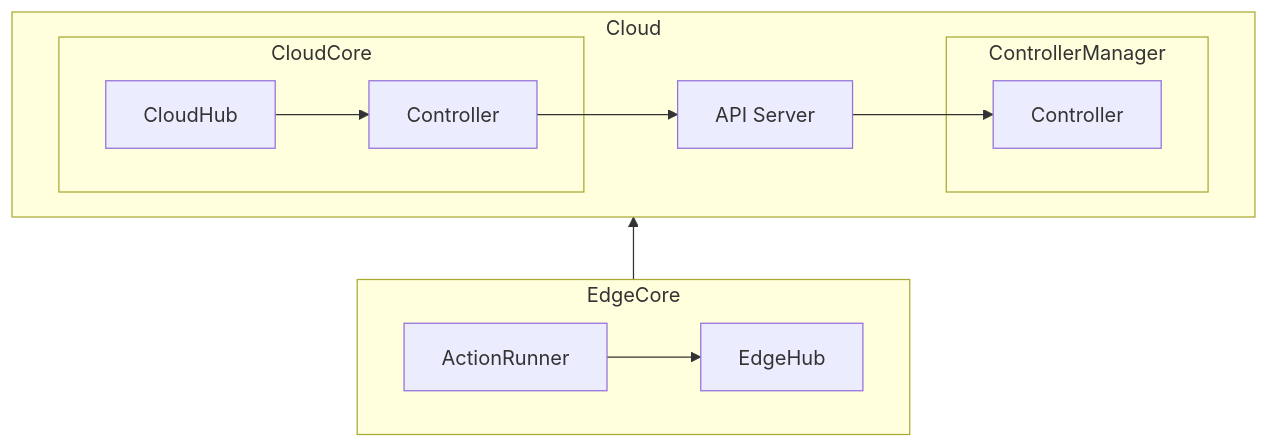
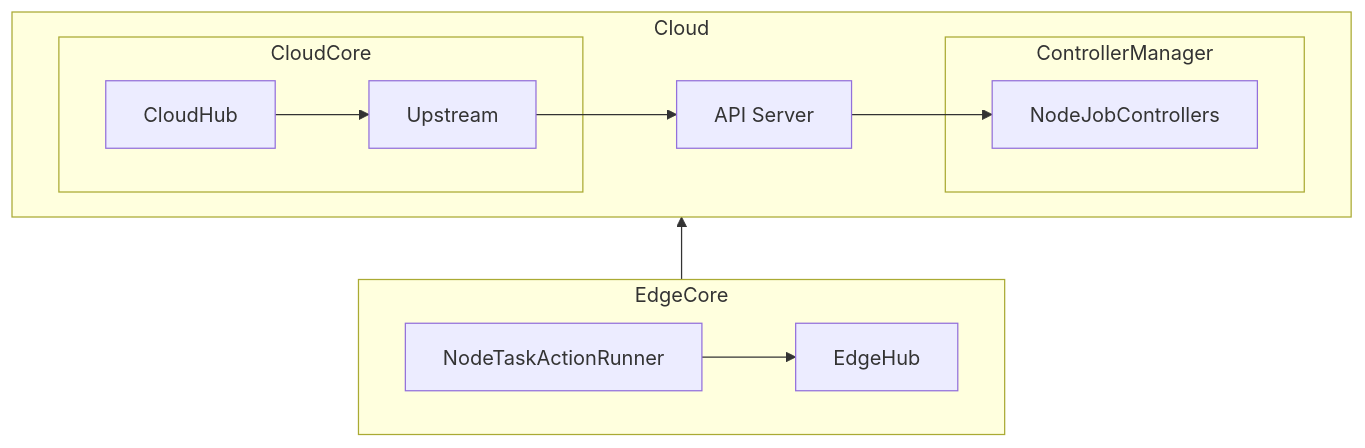
One commit to kubeedge/kubeedge changed the seventh of 7 diagrams in docs/proposals/edge-node-tasks-status-enhancement.md. Above: the diagram before and after it, drawn with Mermaid. The commit also changed other lines of this file and 121 other files, not shown here.

````diff
--- a/docs/proposals/edge-node-tasks-status-enhancement.md
+++ b/docs/proposals/edge-node-tasks-status-enhancement.md
@@ -422,19 +737,19 @@
 ```mermaid
 flowchart BT
   subgraph EdgeCore
     direction LR
-    A[ActionRunner] --> B[EdgeHub]
+    A[NodeTaskActionRunner] --> B[EdgeHub]
   end
   subgraph Cloud
     direction LR
     subgraph CloudCore
-        C[CloudHub] --> D[Controller]
+        C[CloudHub] --> D[Upstream]
     end
     D --> E[API Server]
     subgraph ControllerManager
-        F[Controller]
+        F[NodeJobControllers]
     end
     E --> F
   end
   EdgeCore --> Cloud
 ```
````
